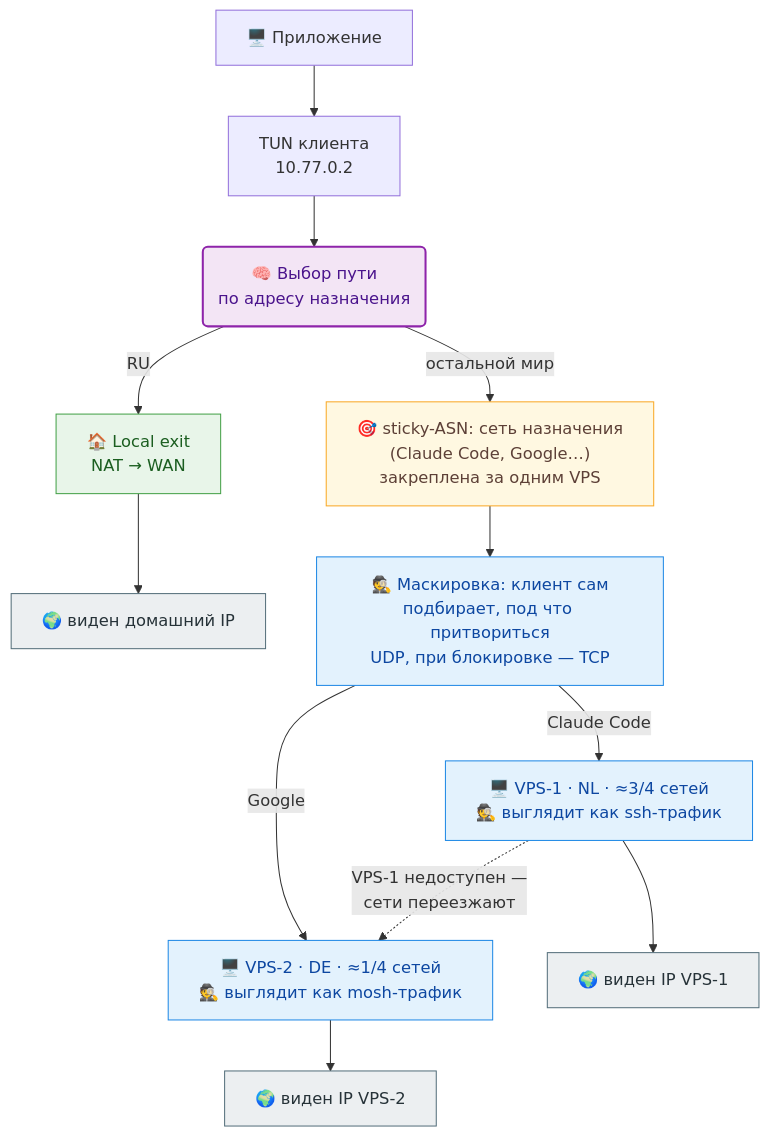
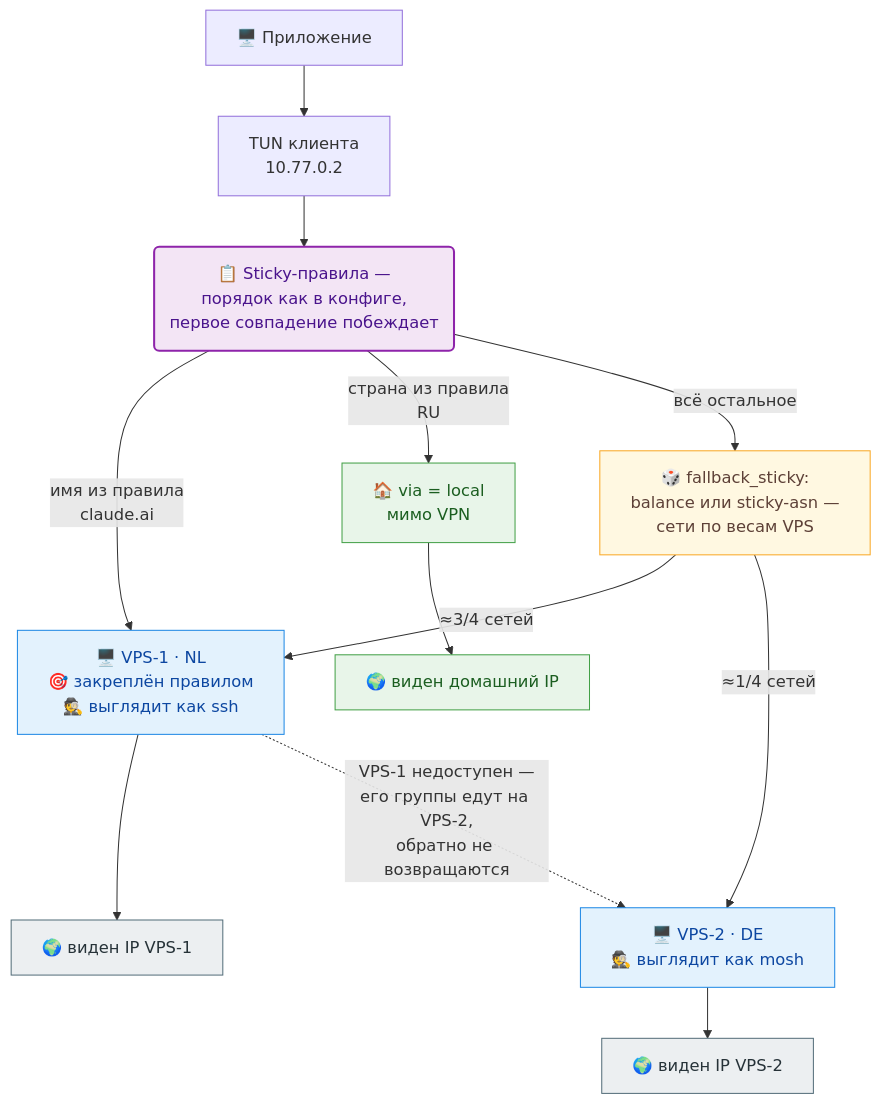
The diagram in README.md (vadv/svpn), drawn with Mermaid before and after one commit. The commit also changed other lines of this file and 1 other file, not shown here.

Commit message:
docs: redraw the README diagrams for the sticky model
The old picture showed local-exits and sticky-asn as the mechanism; the
new one shows the reality: ordered sticky rules (first match wins) with
via = local or a pinned VPS, the fallback for everything else, and the
no-snap-back failover. Symmetric terminal nodes for all three outcomes.

````diff
--- a/README.md
+++ b/README.md
@@ -9,25 +9,25 @@
 ```mermaid
 %%{init: {"flowchart": {"wrappingWidth": 280}}}%%
 flowchart TD
     app["🖥️ Приложение"] --> tun["TUN клиента<br/>10.77.0.2"]
-    tun --> brain("🧠 Выбор пути<br/>по адресу назначения")
-    brain -->|"RU"| local["🏠 Local exit<br/>NAT → WAN"]
-    local --> home["🌍 виден домашний IP"]
-    brain -->|"остальной мир"| asn["🎯 sticky-ASN: сеть назначения<br/>(Claude Code, Google…)<br/>закреплена за одним VPS"]
-    asn --> mimic["🕵️ Маскировка: клиент сам<br/>подбирает, под что притвориться<br/>UDP, при блокировке — TCP"]
-    mimic -->|"Claude Code"| vps1["🖥️ VPS-1 · NL · ≈3/4 сетей<br/>🕵️ выглядит как ssh-трафик"]
-    mimic -->|"Google"| vps2["🖥️ VPS-2 · DE · ≈1/4 сетей<br/>🕵️ выглядит как mosh-трафик"]
+    tun --> rules("📋 Sticky-правила —<br/>порядок как в конфиге,<br/>первое совпадение побеждает")
+    rules -->|"имя из правила<br/>claude.ai"| vps1["🖥️ VPS-1 · NL<br/>🎯 закреплён правилом<br/>🕵️ выглядит как ssh"]
+    rules -->|"страна из правила<br/>RU"| local2["🏠 via = local<br/>мимо VPN"]
+    local2 --> home["🌍 виден домашний IP"]
+    rules -->|"всё остальное"| fb["🎲 fallback_sticky:<br/>balance или sticky-asn —<br/>сети по весам VPS"]
+    fb -->|"≈3/4 сетей"| vps1
+    fb -->|"≈1/4 сетей"| vps2["🖥️ VPS-2 · DE<br/>🕵️ выглядит как mosh"]
     vps1 --> net1["🌍 виден IP VPS-1"]
     vps2 --> net2["🌍 виден IP VPS-2"]
-    vps1 -.->|"VPS-1 недоступен —<br/>сети переезжают"| vps2
-    classDef brain fill:#f3e5f5,stroke:#8e24aa,stroke-width:2px,color:#4a148c
+    vps1 -.->|"VPS-1 недоступен —<br/>его группы едут на VPS-2,<br/>обратно не возвращаются"| vps2
+    classDef rules fill:#f3e5f5,stroke:#8e24aa,stroke-width:2px,color:#4a148c
     classDef local fill:#e8f5e9,stroke:#43a047,color:#1b5e20
-    classDef asn fill:#fff8e1,stroke:#f9a825,color:#5d4037
+    classDef fb fill:#fff8e1,stroke:#f9a825,color:#5d4037
     classDef vpn fill:#e3f2fd,stroke:#1e88e5,color:#0d47a1
     classDef edge fill:#eceff1,stroke:#546e7a,color:#263238
-    class brain brain
-    class local local
-    class asn asn
-    class mimic,vps1,vps2 vpn
-    class home,net1,net2 edge
+    class rules rules
+    class local2,home local
+    class fb fb
+    class vps1,vps2 vpn
+    class net1,net2 edge
 ```
````
